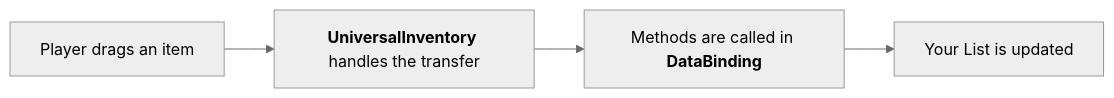
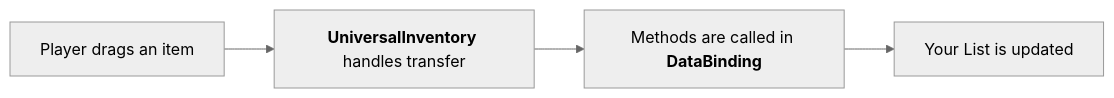
One commit to SergeevSergey99/DragAndDropSystem-Docs changed the diagram in .docs/content/getting-started/quick-start.en.md. Above: the diagram before and after it, drawn with Mermaid (neutral theme). The commit also changed other lines of this file and 19 other files, not shown here.

````diff
--- a/.docs/content/getting-started/quick-start.en.md
+++ b/.docs/content/getting-started/quick-start.en.md
@@ -144,6 +160,6 @@
 ```mermaid
 flowchart LR
-    A["Player drags an item"] --> B["<b>UniversalInventory</b> handles the transfer"]
+    A["Player drags an item"] --> B["<b>UniversalInventory</b> handles transfer"]
     B --> C["Methods are called in <b>DataBinding</b>"]
     C --> D["Your List<ItemSO> is updated"]
 ```
````
